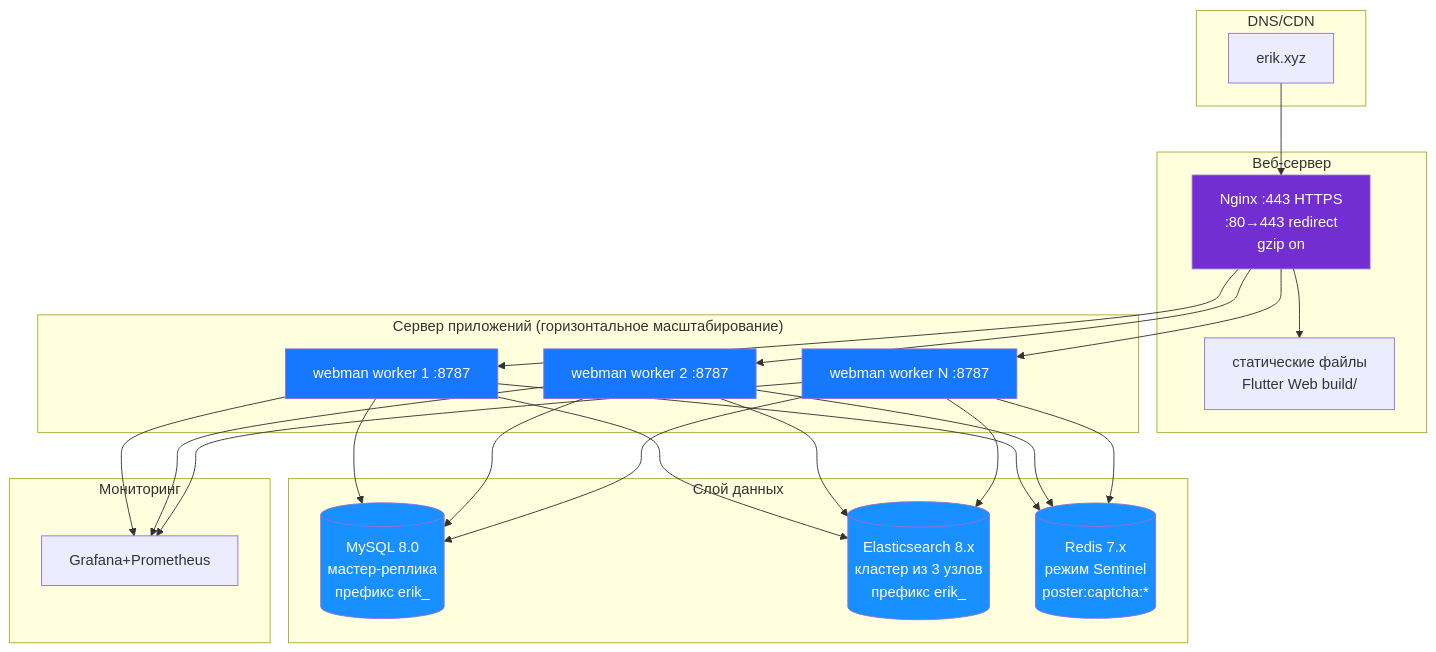
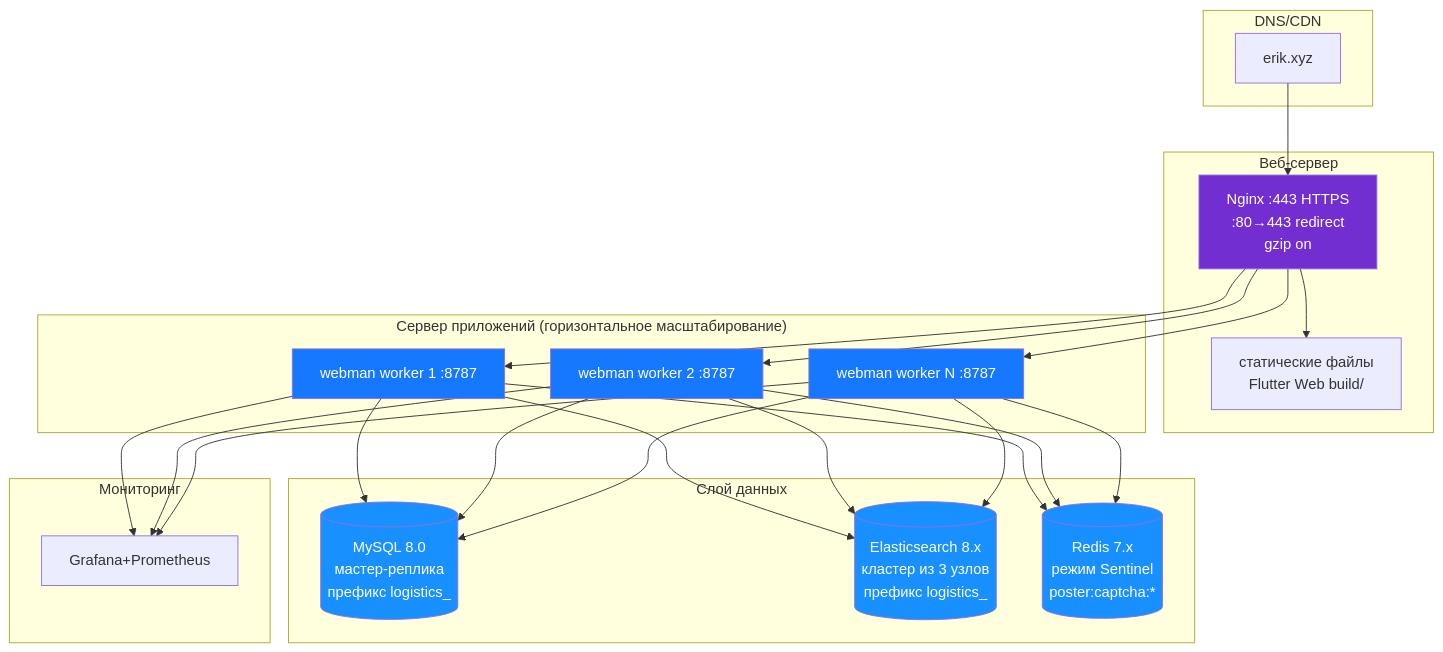
One commit to erikwang2013/integrated-global-logistics changed the diagram in admin/docs/diagrams/12-deployment.ru.md. Above: the diagram before and after it, drawn with Mermaid. The commit also changed 211 other files, not shown here.

````diff
--- a/admin/docs/diagrams/12-deployment.ru.md
+++ b/admin/docs/diagrams/12-deployment.ru.md
@@ -7,45 +7,45 @@
 ```mermaid
 flowchart TB
     subgraph dns["DNS/CDN"]
         domain["erik.xyz"]
     end
 
     subgraph web["Веб-сервер"]
         nginx["Nginx :443 HTTPS<br/>:80→443 redirect<br/>gzip on"]
         static["статические файлы<br/>Flutter Web build/"]
     end
 
     subgraph app["Сервер приложений (горизонтальное масштабирование)"]
         wm1["webman worker 1 :8787"]
         wm2["webman worker 2 :8787"]
         wm3["webman worker N :8787"]
     end
 
     subgraph data["Слой данных"]
-        mysql[("MySQL 8.0<br/>мастер-реплика<br/>префикс erik_")]
-        es[("Elasticsearch 8.x<br/>кластер из 3 узлов<br/>префикс erik_")]
+        mysql[("MySQL 8.0<br/>мастер-реплика<br/>префикс logistics_")]
+        es[("Elasticsearch 8.x<br/>кластер из 3 узлов<br/>префикс logistics_")]
         redis[("Redis 7.x<br/>режим Sentinel<br/>poster:captcha:*")]
     end
 
     subgraph monitor["Мониторинг"]
         grafana["Grafana+Prometheus"]
     end
 
     domain --> nginx
     nginx --> static
     nginx --> wm1
     nginx --> wm2
     nginx --> wm3
     wm1 & wm2 & wm3 --> mysql
     wm1 & wm2 & wm3 --> es
     wm1 & wm2 & wm3 --> redis
     wm1 & wm2 & wm3 --> grafana
 
     style nginx fill:#722ED1,color:#fff
     style wm1 fill:#1677FF,color:#fff
     style wm2 fill:#1677FF,color:#fff
     style wm3 fill:#1677FF,color:#fff
     style mysql fill:#1890FF,color:#fff
     style es fill:#1890FF,color:#fff
     style redis fill:#1890FF,color:#fff
 ```
````
